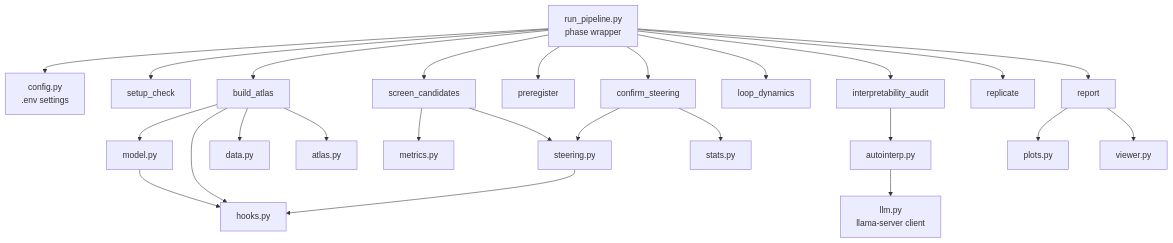
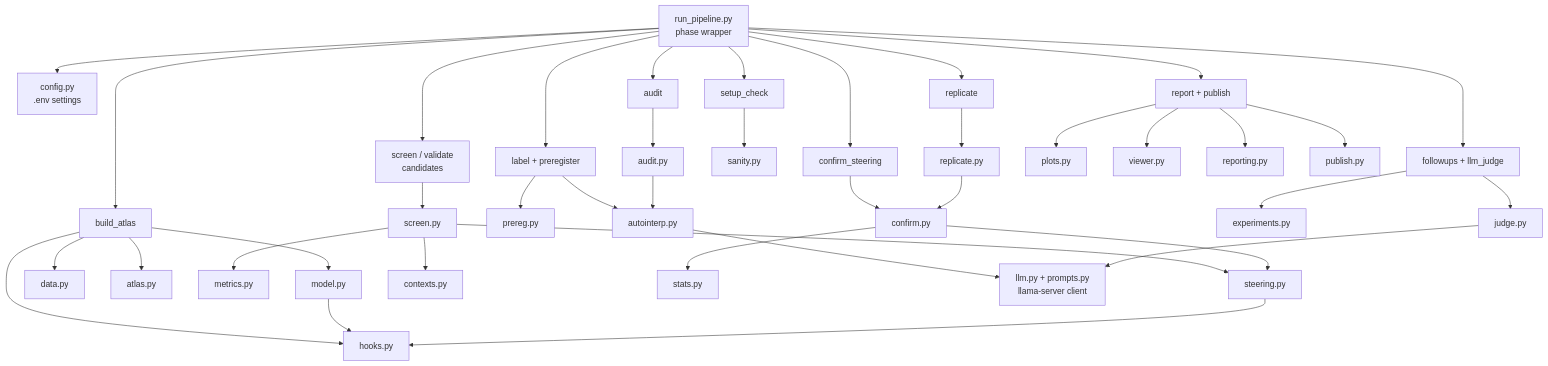
One commit to BurnyCoder/looped-transformers-llms-neuron-mechanistic-interpretability changed the second of 2 diagrams in README.md. Above: the diagram before and after it, drawn with Mermaid. The commit also changed other lines of this file and 1 other file, not shown here.

Commit message:
README: correct pipeline description, usage, layout and architecture graph to match the code; never publish in dry runs

````diff
--- a/README.md
+++ b/README.md
@@ -144,12 +150,18 @@
 ```mermaid
 flowchart TB
   RP[run_pipeline.py<br/>phase wrapper] --> CFG[config.py<br/>.env settings]
-  RP --> PH0[setup_check] & PH1[build_atlas] & PH2[screen_candidates] & PH3[preregister] & PH4[confirm_steering] & PH5[loop_dynamics] & PH6[interpretability_audit] & PH7[replicate] & PH8[report]
+  RP --> PH0[setup_check] & PH1[build_atlas] & PH2[screen / validate<br/>candidates] & PH3[label + preregister] & PH4[confirm_steering] & PH5[followups + llm_judge] & PH6[audit] & PH7[replicate] & PH8[report + publish]
+  PH0 --> SN[sanity.py]
   PH1 --> M[model.py] & HK[hooks.py] & DT[data.py] & AT[atlas.py]
-  PH2 --> MT[metrics.py] & ST[steering.py]
-  PH4 --> ST & SS[stats.py]
-  PH6 --> AI[autointerp.py] --> LLM[llm.py<br/>llama-server client]
-  PH8 --> PL[plots.py] & VW[viewer.py]
+  PH2 --> SC[screen.py] --> MT[metrics.py] & ST[steering.py] & CX[contexts.py]
+  PH3 --> PR[prereg.py] & AI[autointerp.py]
+  PH4 --> CF[confirm.py] --> ST & SS[stats.py]
+  PH5 --> EX[experiments.py] & JD[judge.py]
+  PH6 --> AU[audit.py] --> AI
+  PH7 --> RE[replicate.py] --> CF
+  AI --> LLM[llm.py + prompts.py<br/>llama-server client]
+  JD --> LLM
+  PH8 --> PL[plots.py] & VW[viewer.py] & RT[reporting.py] & PB[publish.py]
   M --> HK
   ST --> HK
 ```
````
